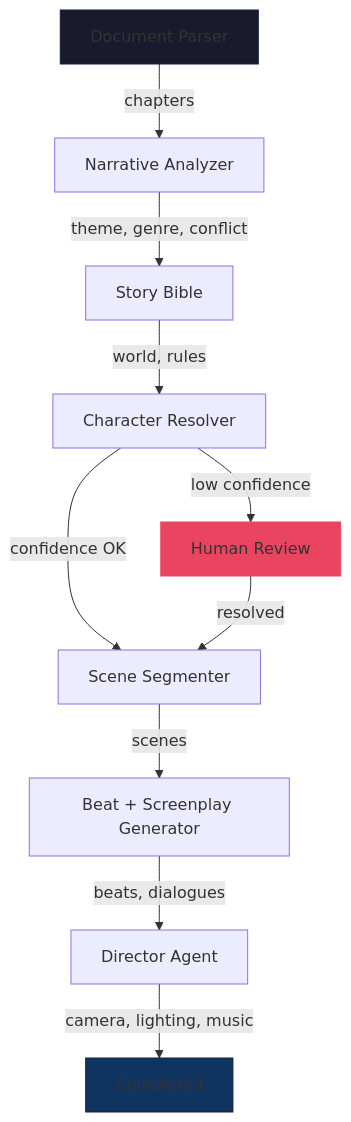
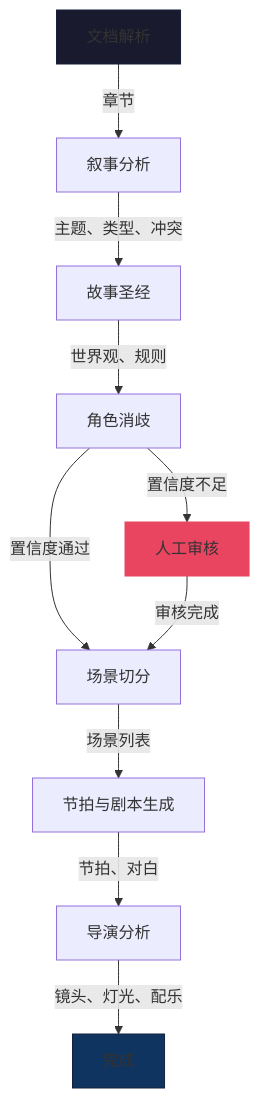
The diagram in README.md (66530/BeatSheet-AI), drawn with Mermaid before and after one commit. The commit also changed other lines of this file, not shown here.

````diff
--- a/README.md
+++ b/README.md
@@ -118,16 +118,16 @@
 ```mermaid
 graph TD
-    A[Document Parser] -->|chapters| B[Narrative Analyzer]
-    B -->|theme, genre, conflict| C[Story Bible]
-    C -->|world, rules| D[Character Resolver]
-    D -->|confidence OK| E[Scene Segmenter]
-    D -->|low confidence| R[Human Review]
-    R -->|resolved| E
-    E -->|scenes| F[Beat + Screenplay Generator]
-    F -->|beats, dialogues| G[Director Agent]
-    G -->|camera, lighting, music| H[Completed]
+    A[文档解析] -->|章节| B[叙事分析]
+    B -->|主题、类型、冲突| C[故事圣经]
+    C -->|世界观、规则| D[角色消歧]
+    D -->|置信度通过| E[场景切分]
+    D -->|置信度不足| R[人工审核]
+    R -->|审核完成| E
+    E -->|场景列表| F[节拍与剧本生成]
+    F -->|节拍、对白| G[导演分析]
+    G -->|镜头、灯光、配乐| H[完成]
 
     style A fill:#1a1a2e,stroke:#16213e
     style H fill:#0f3460,stroke:#16213e
     style R fill:#e94560,stroke:#e94560
 ```
````
